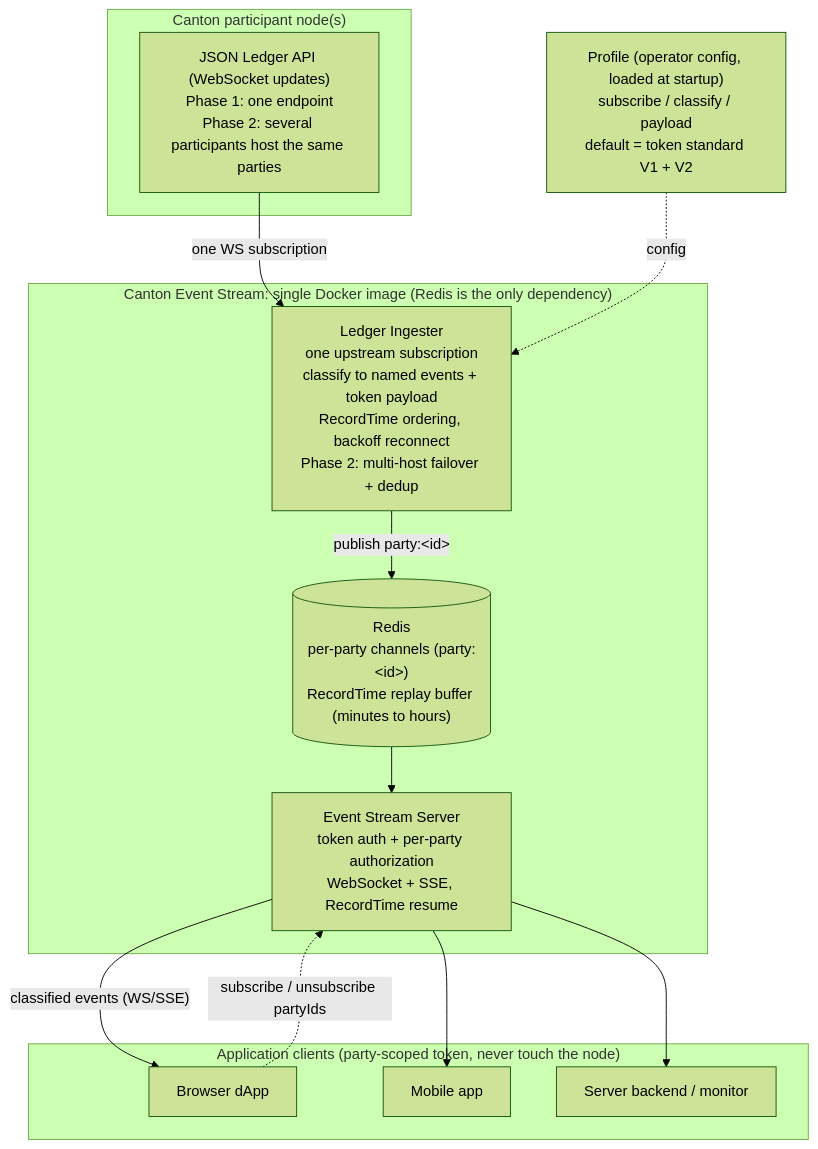
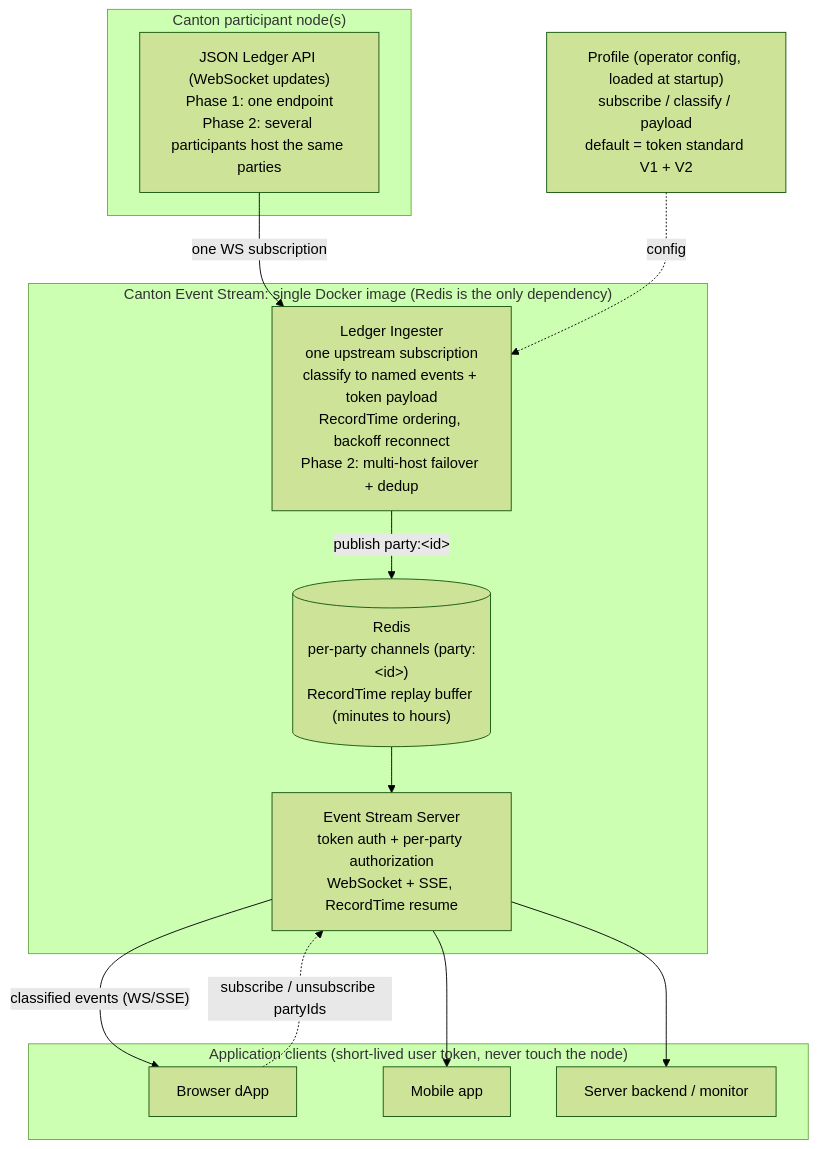
The diagram in proposals/canton-event-stream.md (canton-foundation/canton-dev-fund), drawn with Mermaid (forest theme) before and after one commit. The commit also changed other lines of this file, not shown here.

Commit message:
event-stream: Party resolution pluggable + Resume cursor instead RecordTime alone

````diff
--- a/proposals/canton-event-stream.md
+++ b/proposals/canton-event-stream.md
@@ -84,29 +84,29 @@
 ```mermaid
 flowchart TD
     subgraph NODE["Canton participant node(s)"]
       LAPI["JSON Ledger API (WebSocket updates)<br/>Phase 1: one endpoint<br/>Phase 2: several participants host the same parties"]
     end
 
     PROF["Profile (operator config, loaded at startup)<br/>subscribe / classify / payload<br/>default = token standard V1 + V2"]
 
     subgraph CES["Canton Event Stream: single Docker image (Redis is the only dependency)"]
       ING["Ledger Ingester<br/>one upstream subscription<br/>classify to named events + token payload<br/>RecordTime ordering, backoff reconnect<br/>Phase 2: multi-host failover + dedup"]
       REDIS[("Redis<br/>per-party channels (party:&lt;id&gt;)<br/>RecordTime replay buffer (minutes to hours)")]
       SRV["Event Stream Server<br/>token auth + per-party authorization<br/>WebSocket + SSE, RecordTime resume"]
       ING -->|"publish party:&lt;id&gt;"| REDIS
       REDIS --> SRV
     end
 
-    subgraph CLIENTS["Application clients (party-scoped token, never touch the node)"]
+    subgraph CLIENTS["Application clients (short-lived user token, never touch the node)"]
       DAPP["Browser dApp"]
       MOB["Mobile app"]
       BE["Server backend / monitor"]
     end
 
     LAPI -->|"one WS subscription"| ING
     PROF -.->|"config"| ING
     SRV -->|"classified events (WS/SSE)"| DAPP
     SRV --> MOB
     SRV --> BE
     DAPP -.->|"subscribe / unsubscribe partyIds"| SRV
 ```
````
